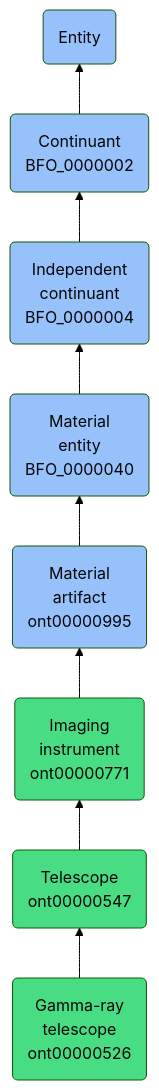
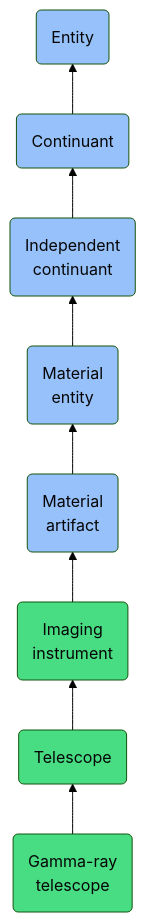
One commit to jupyter-naas/abi changed the diagram in docs/ontology/reference/model/Entity/Continuant/Independent continuant/Material entity/Material artifact/Imaging instrument/Telescope/Gamma-ray telescope/Gamma-ray telescope.md. Above: the diagram before and after it, drawn with Mermaid (forest theme). The commit also changed other lines of this file and 1430 other files, not shown here.

````diff
--- a/docs/ontology/reference/model/Entity/Continuant/Independent continuant/Material entity/Material artifact/Imaging instrument/Telescope/Gamma-ray telescope/Gamma-ray telescope.md
+++ b/docs/ontology/reference/model/Entity/Continuant/Independent continuant/Material entity/Material artifact/Imaging instrument/Telescope/Gamma-ray telescope/Gamma-ray telescope.md
@@ -24,15 +24,15 @@
 ```mermaid
 graph BT
-    ont00000526(Gamma-ray<br>telescope<br>ont00000526):::ABI-->ont00000547
-    ont00000547(Telescope<br>ont00000547):::ABI-->ont00000771
-    ont00000771(Imaging<br>instrument<br>ont00000771):::ABI-->ont00000995
-    ont00000995(Material<br>artifact<br>ont00000995):::BFO-->BFO_0000040
-    BFO_0000040(Material<br>entity<br>BFO_0000040):::BFO-->BFO_0000004
-    BFO_0000004(Independent<br>continuant<br>BFO_0000004):::BFO-->BFO_0000002
-    BFO_0000002(Continuant<br>BFO_0000002):::BFO-->BFO_0000001
+    ont00000526(Gamma-ray<br>telescope):::ABI-->ont00000547
+    ont00000547(Telescope):::ABI-->ont00000771
+    ont00000771(Imaging<br>instrument):::ABI-->ont00000995
+    ont00000995(Material<br>artifact):::BFO-->BFO_0000040
+    BFO_0000040(Material<br>entity):::BFO-->BFO_0000004
+    BFO_0000004(Independent<br>continuant):::BFO-->BFO_0000002
+    BFO_0000002(Continuant):::BFO-->BFO_0000001
     BFO_0000001(Entity):::BFO
     
     classDef BFO fill:#97c1fb,color:#060606
     classDef CCO fill:#e4c51e,color:#060606
     classDef ABI fill:#48DD82,color:#060606
 ```
````
